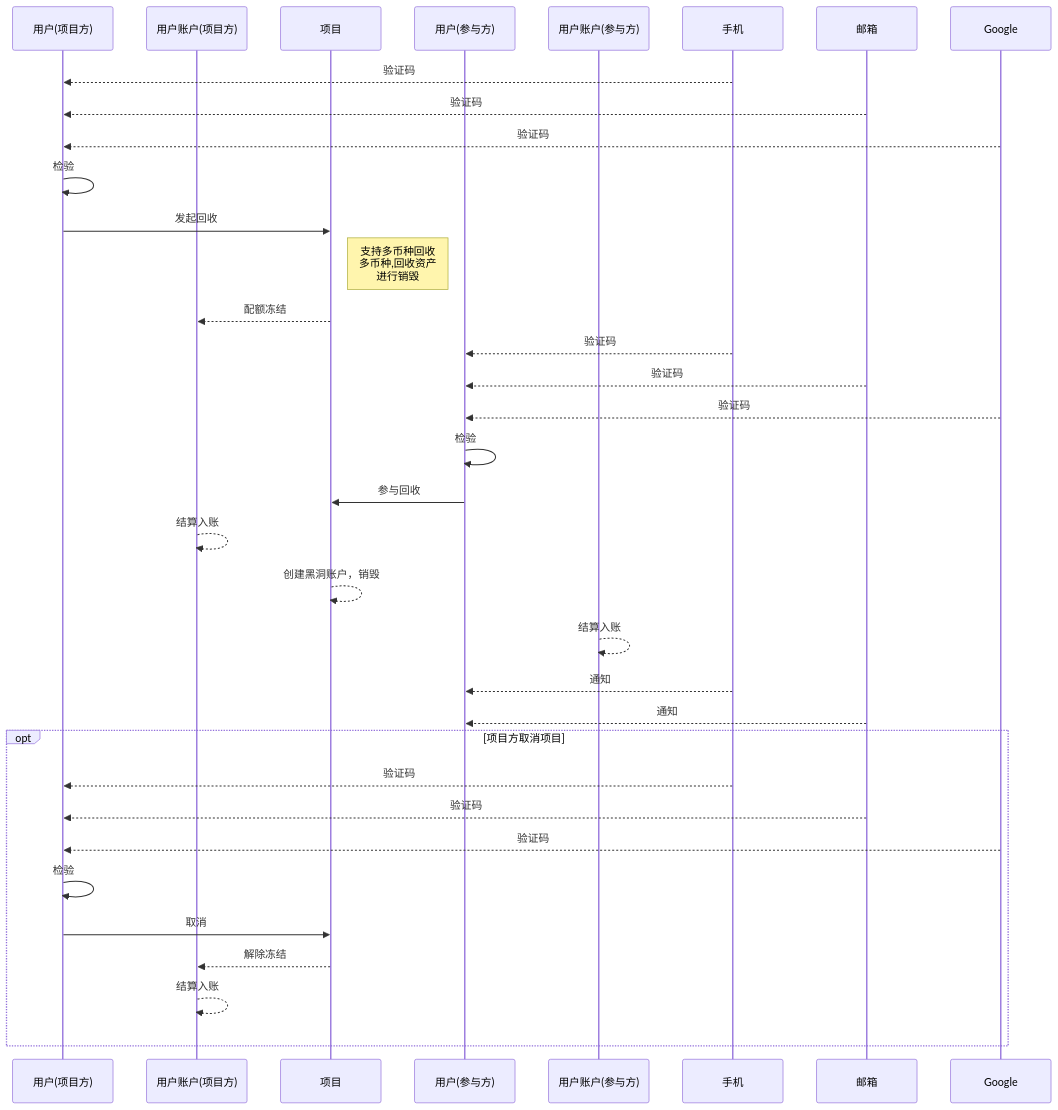
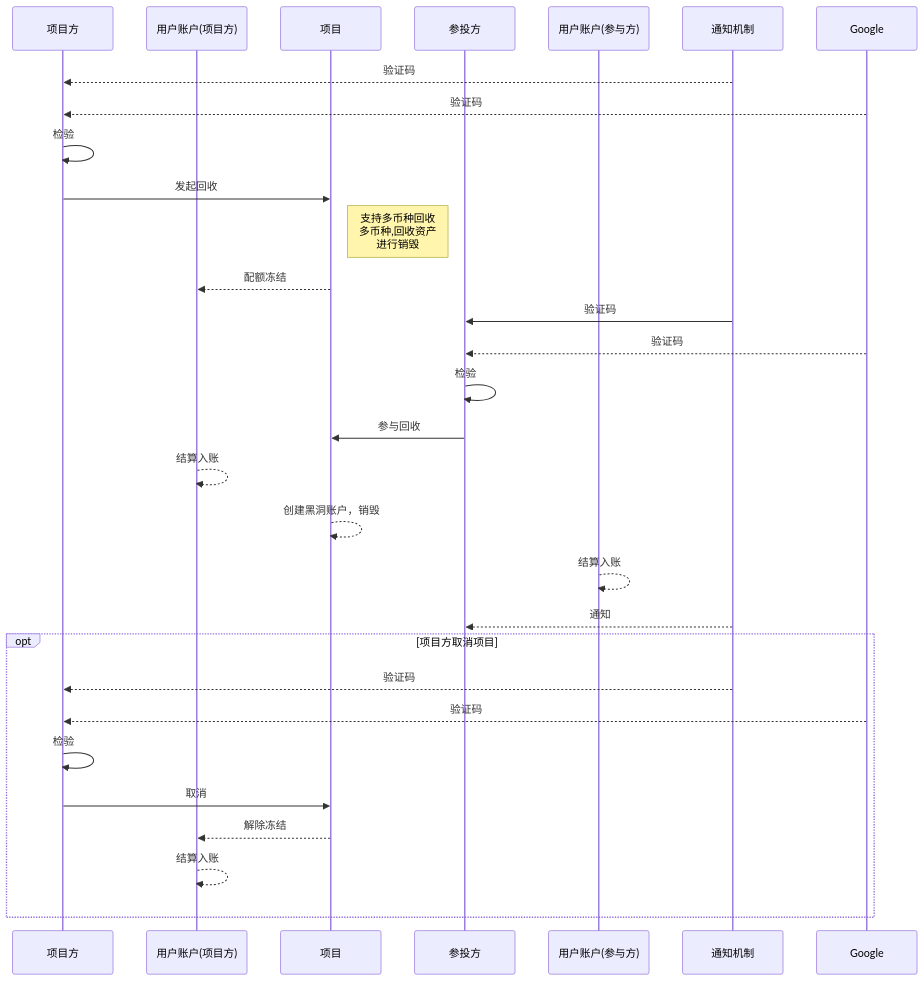
Before and after one commit to neomaclin/designdoc: diagram 14 of 15 in Readme.md, drawn with Mermaid. The commit also changed other lines of this file, not shown here.

````diff
--- a/Readme.md
+++ b/Readme.md
@@ -334,39 +332,34 @@
 ```mermaid
     sequenceDiagram
-    participant u1 as 用户(项目方)
+    participant u1 as 项目方
     participant a1 as 用户账户(项目方)
     participant pr as 项目
-    participant u2 as 用户(参与方)
+    participant u2 as 参投方
     participant a2 as 用户账户(参与方)
-    participant p as 手机
-    participant m as 邮箱
+    participant n as 通知机制
     participant g as Google
 
-    p-->>u1: 验证码
-    m-->>u1: 验证码
+    n-->>u1: 验证码
     g-->>u1: 验证码
     u1->>u1: 检验
     u1->>pr: 发起回收
         note right of pr:支持多币种回收<br>多币种,回收资产<br>进行销毁
     pr-->>a1: 配额冻结
-    p-->>u2: 验证码
-    m-->>u2: 验证码
+    n->>u2: 验证码
     g-->>u2: 验证码
     u2->>u2: 检验
     u2->>pr: 参与回收
     a1-->>a1: 结算入账
     pr-->>pr: 创建黑洞账户，销毁
     a2-->>a2: 结算入账
-    p-->>u2: 通知
-    m-->>u2: 通知
+    n-->>u2: 通知
     
     opt 项目方取消项目
-        p-->>u1: 验证码
-        m-->>u1: 验证码
+        n-->>u1: 验证码
         g-->>u1: 验证码
         u1->>u1: 检验
         u1->>pr: 取消
         pr-->>a1: 解除冻结
         a1-->>a1: 结算入账
     end
 ```
````
